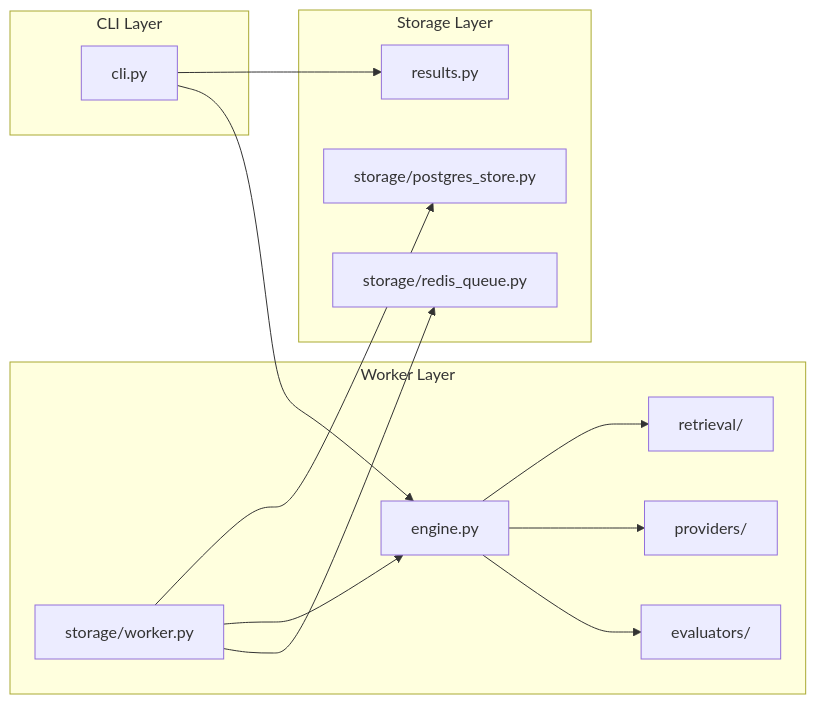
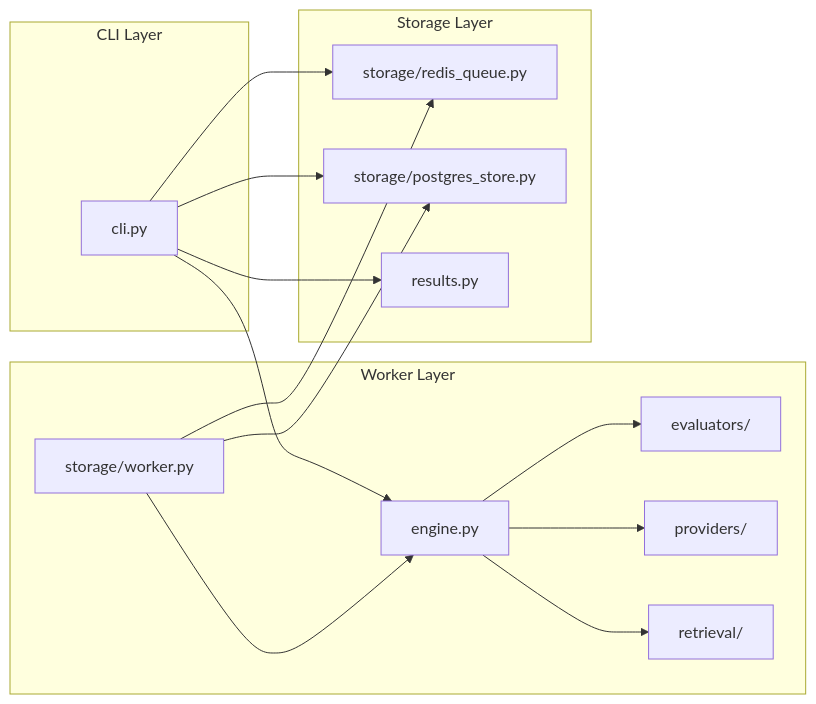
One commit to avinashankur/evalbench changed the third of 3 diagrams in ARCHITECTURE.md. Above: the diagram before and after it, drawn with Mermaid. The commit also changed other lines of this file and 11 other files, not shown here.

````diff
--- a/ARCHITECTURE.md
+++ b/ARCHITECTURE.md
@@ -69,29 +71,31 @@
 ```mermaid
 graph LR
   subgraph CLI Layer
     CLI[cli.py]
   end
 
   subgraph Worker Layer
     Worker[storage/worker.py]
     Engine[engine.py]
     Evaluators[evaluators/]
     Providers[providers/]
     Retrieval[retrieval/]
   end
 
   subgraph Storage Layer
     RedisQueue[storage/redis_queue.py]
     PostgresStore[storage/postgres_store.py]
     LocalStore[results.py]
   end
 
   CLI --> Engine
   CLI --> LocalStore
+  CLI --> RedisQueue
+  CLI --> PostgresStore
   Worker --> RedisQueue
   Worker --> Engine
   Engine --> Evaluators
   Engine --> Providers
   Engine --> Retrieval
   Worker --> PostgresStore
 ```
````
